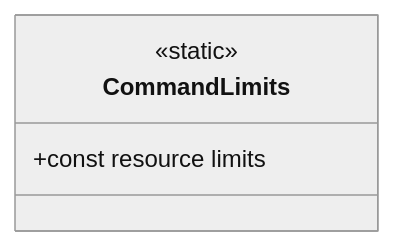
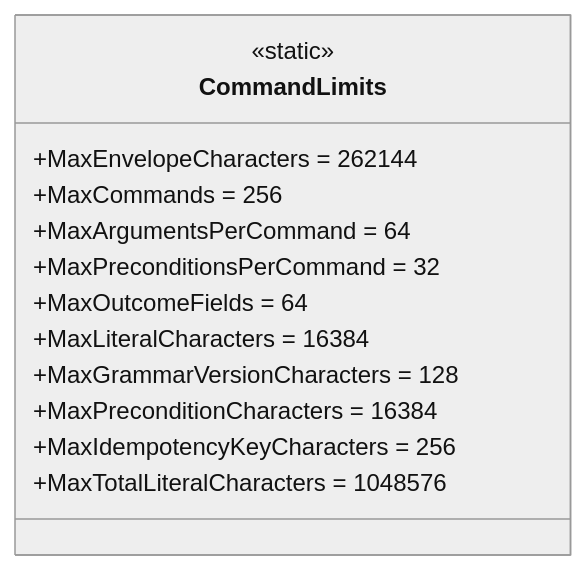
Before and after one commit to TrentBest/TheSingularityWorkshop.CommandAi: the diagram in docs/UML/CommandLimitsUML.md, drawn with Mermaid (neutral theme). The commit also changed other lines of this file, not shown here.

Commit message:
docs: document enriched command resource limits in UML

````diff
--- a/docs/UML/CommandLimitsUML.md
+++ b/docs/UML/CommandLimitsUML.md
@@ -8,7 +8,16 @@
-```mermaid
+~~~mermaid
 classDiagram
-    class CommandLimits {
-      <<static>>
-      +const resource limits
-    }
-```
+  class CommandLimits {
+    <<static>>
+    +MaxEnvelopeCharacters = 262144
+    +MaxCommands = 256
+    +MaxArgumentsPerCommand = 64
+    +MaxPreconditionsPerCommand = 32
+    +MaxOutcomeFields = 64
+    +MaxLiteralCharacters = 16384
+    +MaxGrammarVersionCharacters = 128
+    +MaxPreconditionCharacters = 16384
+    +MaxIdempotencyKeyCharacters = 256
+    +MaxTotalLiteralCharacters = 1048576
+  }
+~~~
````
